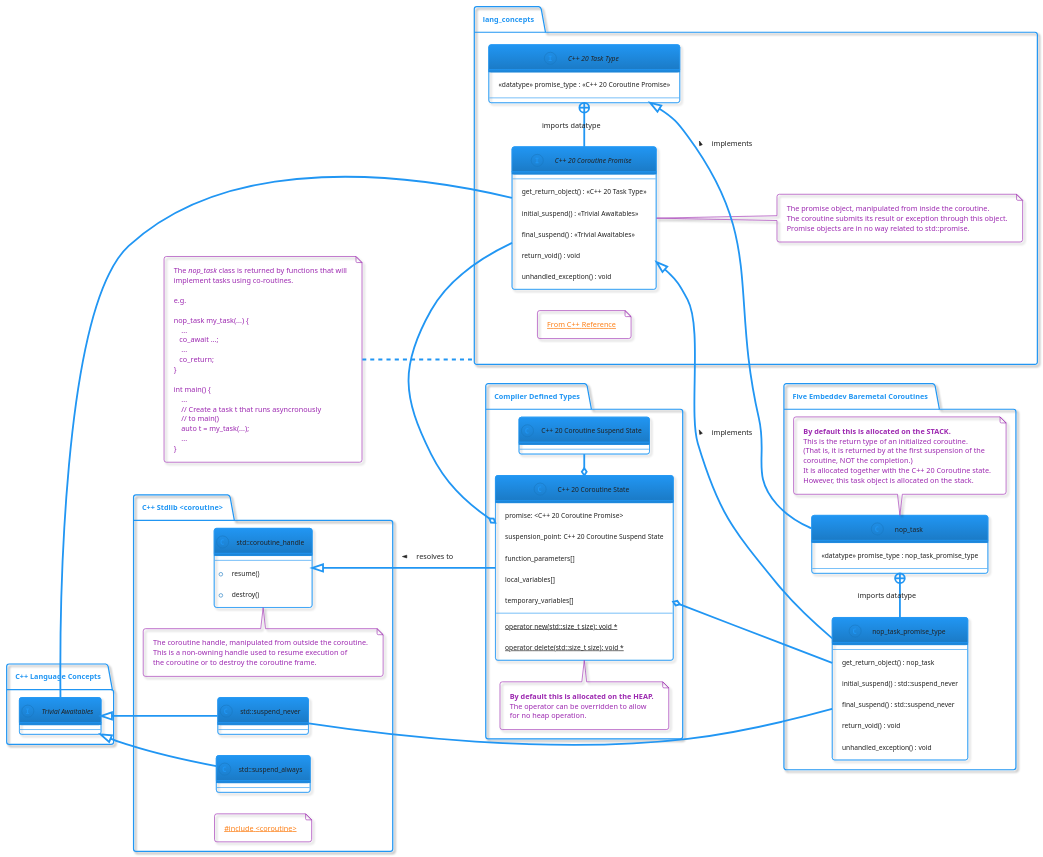
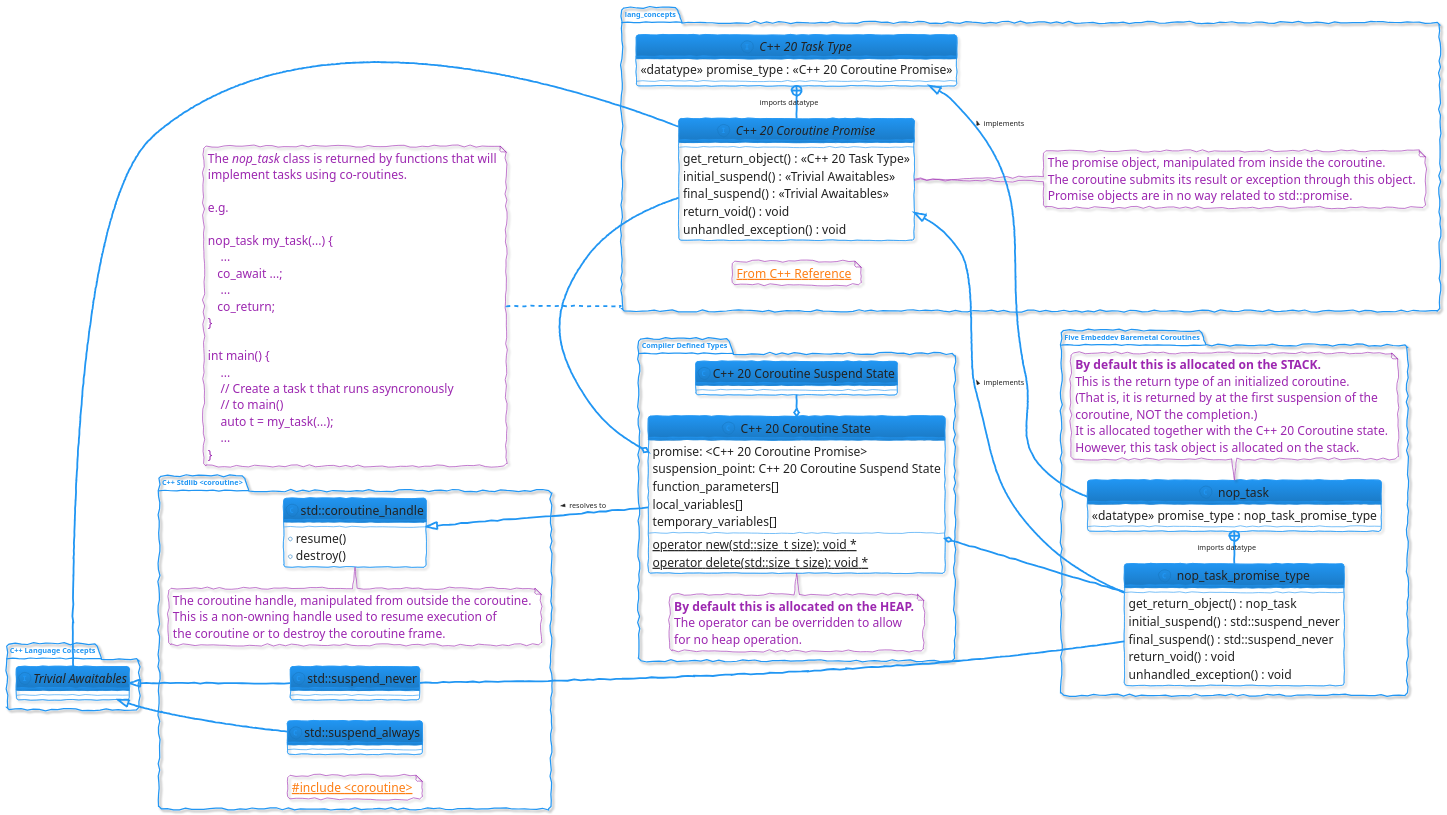
The diagram in docs/diagrams/nop_task.puml (five-embeddev/baremetal-cxx-coro), drawn with PlantUML before and after one commit. The commit also changed 22 other files, not shown here.

Commit message:
Style updates for diagrams

```diff
--- a/docs/diagrams/nop_task.puml
+++ b/docs/diagrams/nop_task.puml
@@ -1,161 +1,166 @@
 @startuml
 !theme materia-outline
+skinparam handwritten true
+skinparam Padding 1
+skinparam ClassAttributeFontSize 20
+skinparam ClassFontSize 20
+skinparam NoteFontSize 20
 
 left to right direction
 
 package lang_concepts {}
 
 note left of lang_concepts
 The <i>nop_task</i> class is returned by functions that will
 implement tasks using co-routines.
 
 e.g.
 
 nop_task my_task(...) {
     ...
    co_await ...;
     ...
    co_return;
 }
 
 int main() {
     ...
     // Create a task t that runs asyncronously
     // to main()
     auto t = my_task(...);
     ...
 }
 end note
 
 
 package "C++ Language Concepts" as lang_concepts {
 
 
 
    note as link
    [[https://en.cppreference.com/w/cpp/language/coroutines From C++ Reference]]
    end note
 
 
    interface "C++ 20 Coroutine Promise" as cpp20_coro_promise {
        get_return_object() : <<C++ 20 Task Type>>
        initial_suspend() : <<Trivial Awaitables>>
        final_suspend() : <<Trivial Awaitables>>
        return_void() : void
        unhandled_exception() : void
    }
    note right of cpp20_coro_promise
    The promise object, manipulated from inside the coroutine.
    The coroutine submits its result or exception through this object.
    Promise objects are in no way related to std::promise.
    end note
 
    cpp20_coro_task +-right- cpp20_coro_promise : imports datatype
 
    interface "C++ 20 Task Type" as cpp20_coro_task {
        <<datatype>> promise_type : <<C++ 20 Coroutine Promise>>
    }
 }
 
 
 package "Compiler Defined Types" as compiler_types {
    class "C++ 20 Coroutine Suspend State" as cpp20_coro_suspend {
    }
 
    class "C++ 20 Coroutine State" as cpp20_coro_state {
    promise: <C++ 20 Coroutine Promise>
    suspension_point: C++ 20 Coroutine Suspend State
    function_parameters[]
    local_variables[]
    temporary_variables[]
    {static} operator new(std::size_t size): void *
    {static} operator delete(std::size_t size): void *
    }
 
    cpp20_coro_state o- cpp20_coro_promise
    cpp20_coro_state o- cpp20_coro_suspend
 
    note top of cpp20_coro_state
    <b>By default this is allocated on the HEAP.</b>
    The operator can be overridden to allow
    for no heap operation.
    end note
 }
 
 
 package "Five Embeddev Baremetal Coroutines" as impl {
 
    class nop_task {
         <<datatype>> promise_type : nop_task_promise_type
    }
 
 
    class nop_task_promise_type {
        get_return_object() : nop_task
        initial_suspend() : std::suspend_never
        final_suspend() : std::suspend_never
        return_void() : void
        unhandled_exception() : void
    }
 
 
    cpp20_coro_promise <|-down- nop_task_promise_type : implements <
    cpp20_coro_task <|-down- nop_task  : implements <
 
    nop_task +- nop_task_promise_type : imports datatype
    cpp20_coro_state o-- nop_task_promise_type
 
 
    note bottom of nop_task
    <b>By default this is allocated on the STACK.</b>
    This is the return type of an initialized coroutine.
    (That is, it is returned by at the first suspension of the
    coroutine, NOT the completion.)
    It is allocated together with the C++ 20 Coroutine state.
    However, this task object is allocated on the stack.
    end note
 
 }
 
 
 package "C++ Language Concepts" as concepts2 {
 
    interface "Trivial Awaitables" as cpp20_trivial_awaitable
 
 }
 
 
 package "C++ Stdlib <coroutine>"  as stdlib {
 
    note as include_link
       [[https://en.cppreference.com/w/cpp/header/coroutine #include <coroutine>]]
    end note
 
    class "std::coroutine_handle" as coro_handle {
        +resume()
        +destroy()
    }
 
    note top of coro_handle
    The coroutine handle, manipulated from outside the coroutine.
    This is a non-owning handle used to resume execution of
    the coroutine or to destroy the coroutine frame.
    end note
 
 
    class std::suspend_never
    class std::suspend_always
 
    std::suspend_never --- nop_task_promise_type
 
    cpp20_trivial_awaitable <|- std::suspend_never
    cpp20_trivial_awaitable <|- std::suspend_always
 
    coro_handle <|-- cpp20_coro_state : < resolves to
 
    cpp20_trivial_awaitable --- cpp20_coro_promise
 
 }
 
 
 @enduml
```
